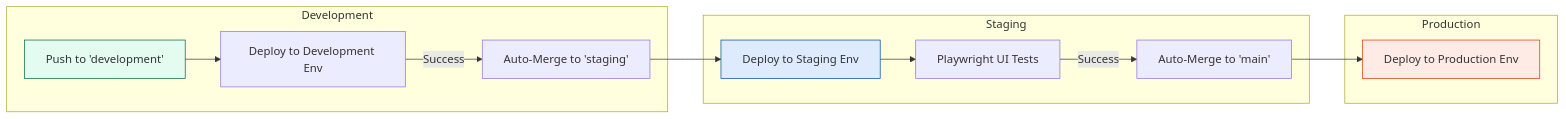
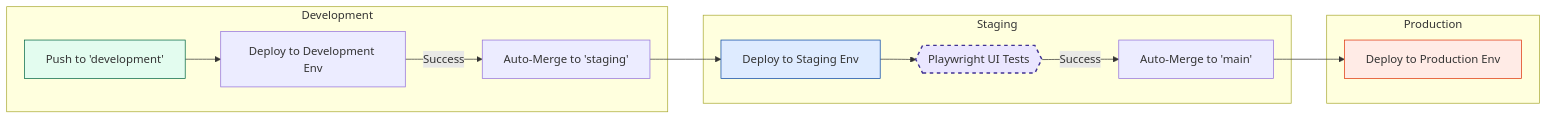
One commit to jabrealmoe/ai-suggest changed the first of 2 diagrams in README.md. Above: the diagram before and after it, drawn with Mermaid.

Commit message:
docs(readme): Stylize Playwright test gate in deployment diagram

````diff
--- a/README.md
+++ b/README.md
@@ -15,21 +15,22 @@
 ```mermaid
 graph LR
     subgraph "Development"
         DevPush[Push to 'development'] --> DevDeploy[Deploy to Development Env]
         DevDeploy -->|Success| AutoMergeStaging[Auto-Merge to 'staging']
     end
 
     subgraph "Staging"
         AutoMergeStaging --> StagingDeploy[Deploy to Staging Env]
-        StagingDeploy --> Playwright[Playwright UI Tests]
+        StagingDeploy --> Playwright{{Playwright UI Tests}}
         Playwright -->|Success| AutoMergeMain[Auto-Merge to 'main']
     end
 
     subgraph "Production"
         AutoMergeMain --> ProdDeploy[Deploy to Production Env]
     end
 
     style DevPush fill:#E3FCEF,stroke:#006644
     style StagingDeploy fill:#DEEBFF,stroke:#0747A6
+    style Playwright fill:#EAE6FF,stroke:#403294,stroke-width:2px,stroke-dasharray: 5 5
     style ProdDeploy fill:#FFEBE6,stroke:#DE350B
 ```
````
